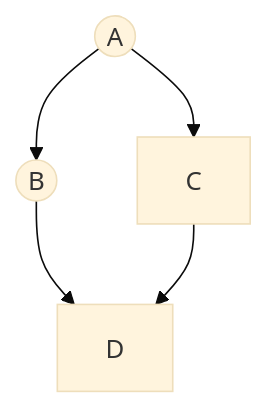
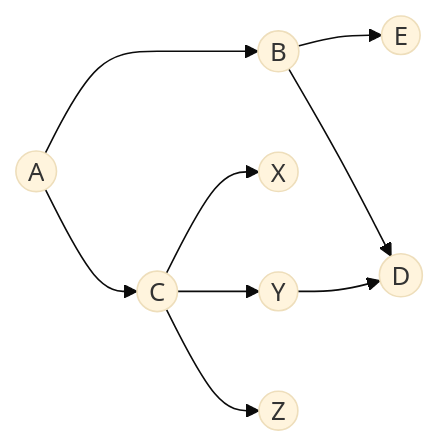
The fourth of 5 diagrams in markdown/mermaid.md (KUDIDUK/diagramming), drawn with Mermaid (base theme) before and after one commit. The commit also changed other lines of this file, not shown here.

````diff
--- a/markdown/mermaid.md
+++ b/markdown/mermaid.md
@@ -58,7 +58,7 @@
 ```mermaid
-graph TD;
-    A((A)) --> B((B));
-    A-->C;
-    B-->D;
-    C-->D;
+graph LR;
+    A((A)) --> B((B)) & C((C));
+    B--> E((E)) & D((D)) 
+    C--> X((X)) & Y((Y)) & Z((Z))
+    Y-->D
 ```
````
